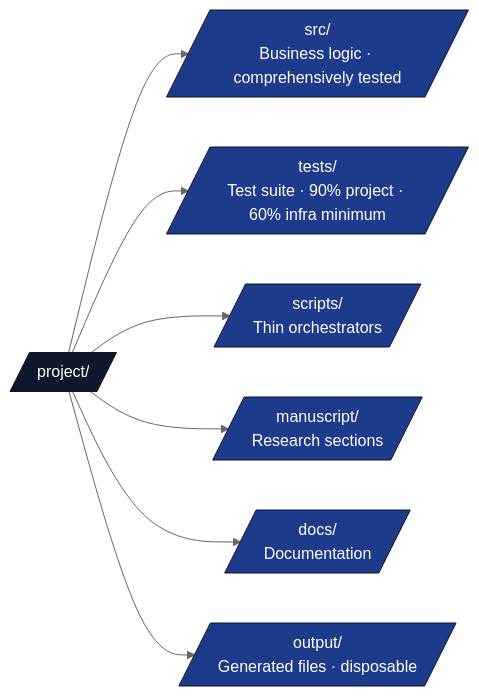
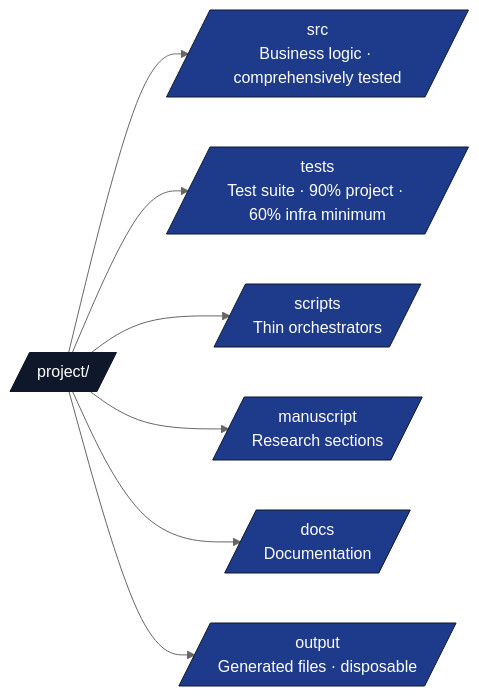
The first of 2 diagrams in docs/best-practices/best-practices.md (docxology/template), drawn with Mermaid (neutral theme) before and after one commit. The commit also changed 164 other files, not shown here.

````diff
--- a/docs/best-practices/best-practices.md
+++ b/docs/best-practices/best-practices.md
@@ -15,15 +15,15 @@
 ```mermaid
 flowchart LR
     P[/project//]
-    P --> SRC[/src/<br/>Business logic · comprehensively tested/]
-    P --> T[/tests/<br/>Test suite · 90% project · 60% infra minimum/]
-    P --> SC[/scripts/<br/>Thin orchestrators/]
-    P --> M[/manuscript/<br/>Research sections/]
-    P --> DOC[/docs/<br/>Documentation/]
-    P --> OUT[/output/<br/>Generated files · disposable/]
+    P --> SRC[/src<br/>Business logic · comprehensively tested/]
+    P --> T[/tests<br/>Test suite · 90% project · 60% infra minimum/]
+    P --> SC[/scripts<br/>Thin orchestrators/]
+    P --> M[/manuscript<br/>Research sections/]
+    P --> DOC[/docs<br/>Documentation/]
+    P --> OUT[/output<br/>Generated files · disposable/]
 
     classDef d fill:#0f172a,stroke:#0f172a,color:#fff
     classDef pkg fill:#1e3a8a,stroke:#0f172a,color:#fff
     class P d
     class SRC,T,SC,M,DOC,OUT pkg
 ```
````
